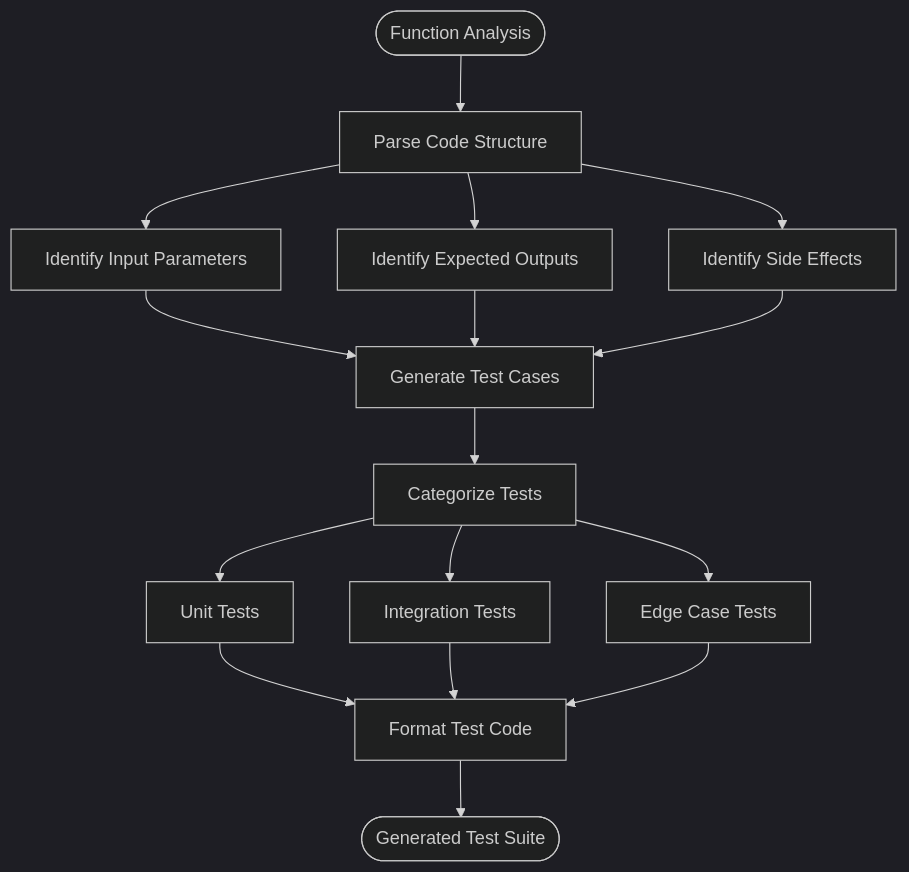
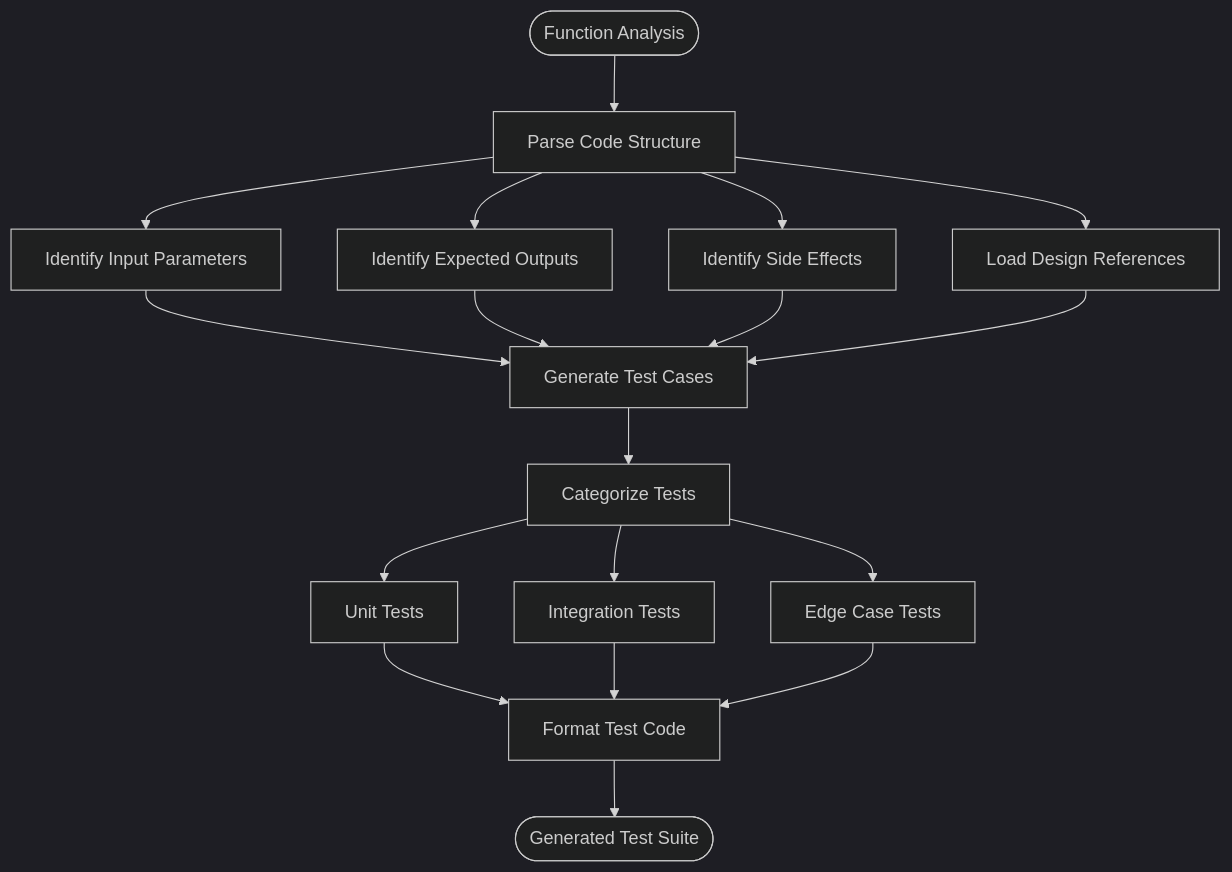
The third of 5 diagrams in .qoder/repowiki/en/content/Skills Reference/Testing & Verification Skills/Develop TDD Skill.md (Sherlock-Shi/pi-codex-kit), drawn with Mermaid (dark theme) before and after one commit. The commit also changed other lines of this file and 47 other files, not shown here.

````diff
--- a/.qoder/repowiki/en/content/Skills Reference/Testing & Verification Skills/Develop TDD Skill.md
+++ b/.qoder/repowiki/en/content/Skills Reference/Testing & Verification Skills/Develop TDD Skill.md
@@ -142,18 +166,20 @@
 ```mermaid
 flowchart TD
 Start([Function Analysis]) --> ParseCode["Parse Code Structure"]
 ParseCode --> IdentifyInputs["Identify Input Parameters"]
 ParseCode --> IdentifyOutputs["Identify Expected Outputs"]
 ParseCode --> IdentifySideEffects["Identify Side Effects"]
+ParseCode --> LoadReferences["Load Design References"]
 IdentifyInputs --> GenerateTests["Generate Test Cases"]
 IdentifyOutputs --> GenerateTests
 IdentifySideEffects --> GenerateTests
+LoadReferences --> GenerateTests
 GenerateTests --> Categorize["Categorize Tests"]
 Categorize --> UnitTests["Unit Tests"]
 Categorize --> IntegrationTests["Integration Tests"]
 Categorize --> EdgeCases["Edge Case Tests"]
 UnitTests --> FormatOutput["Format Test Code"]
 IntegrationTests --> FormatOutput
 EdgeCases --> FormatOutput
 FormatOutput --> End([Generated Test Suite])
 ```
````
